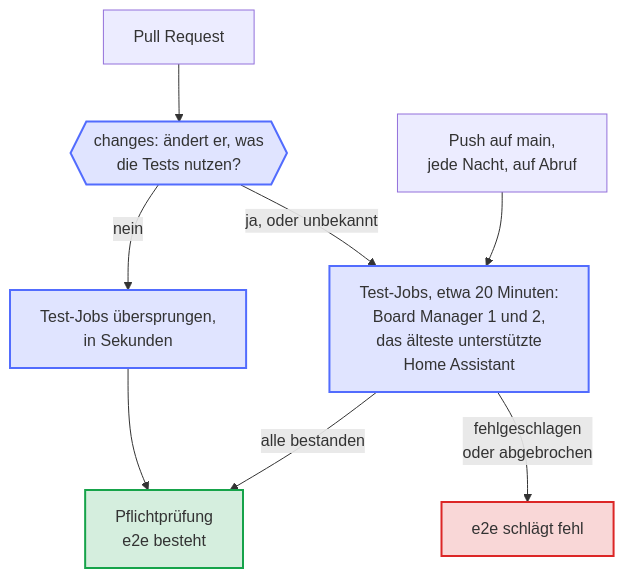
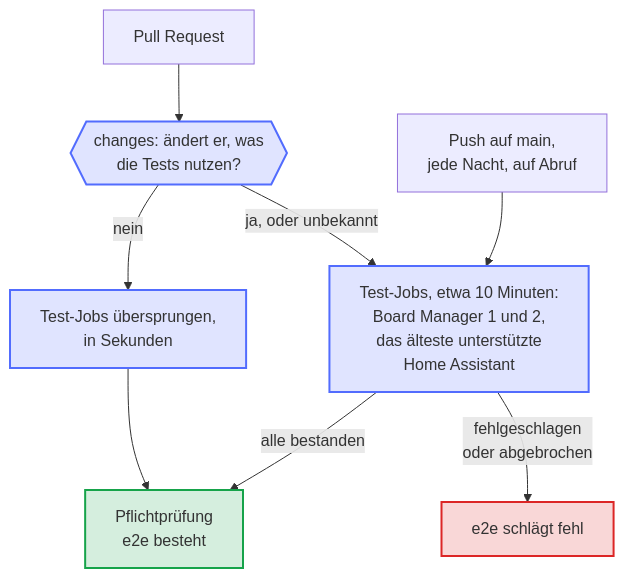
The diagram in docs/diagrams/e2e-gate.de.mmd (Dennis-Otto/ha-autodarts), drawn with Mermaid before and after one commit. The commit also changed 20 other files, not shown here.

```diff
--- a/docs/diagrams/e2e-gate.de.mmd
+++ b/docs/diagrams/e2e-gate.de.mmd
@@ -1,23 +1,23 @@
 ---
 config:
   flowchart:
     wrappingWidth: 400
 ---
 flowchart TB
   accTitle: Wann die End-to-End-Tests laufen
   accDescr: Ein Push auf main, der nächtliche Lauf und ein Lauf auf Abruf führen die Test-Jobs immer aus. Für einen Pull Request fragt der Job changes die API nach seinen Dateien; nutzen die Tests eine davon oder sind die Dateien unbekannt, laufen die Test-Jobs, sonst werden sie in Sekunden übersprungen. Die Pflichtprüfung e2e besteht, wenn jeder Test-Job bestanden hat oder keiner laufen musste, und schlägt fehl, wenn ein Job fehlschlug oder abgebrochen wurde.
 
   PR["Pull Request"] --> CHANGES{{"changes: ändert er, was<br/>die Tests nutzen?"}}
   MAIN["Push auf main,<br/>jede Nacht, auf Abruf"] --> TESTS
-  CHANGES -- "ja, oder unbekannt" --> TESTS["Test-Jobs, etwa 20 Minuten:<br/>Board Manager 1 und 2,<br/>das älteste unterstützte<br/>Home Assistant"]
+  CHANGES -- "ja, oder unbekannt" --> TESTS["Test-Jobs, etwa 10 Minuten:<br/>Board Manager 1 und 2,<br/>das älteste unterstützte<br/>Home Assistant"]
   CHANGES -- "nein" --> SKIPPED["Test-Jobs übersprungen,<br/>in Sekunden"]
   TESTS -- "alle bestanden" --> PASS["Pflichtprüfung<br/>e2e besteht"]
   SKIPPED --> PASS
   TESTS -- "fehlgeschlagen<br/>oder abgebrochen" --> FAIL["e2e schlägt fehl"]
 
   classDef bot fill:#526cfe2e,stroke:#526cfe,stroke-width:2px
   classDef done fill:#16a34a2e,stroke:#16a34a,stroke-width:2px
   classDef failed fill:#dc26262e,stroke:#dc2626,stroke-width:2px
   class CHANGES,TESTS,SKIPPED bot
   class PASS done
   class FAIL failed
```
